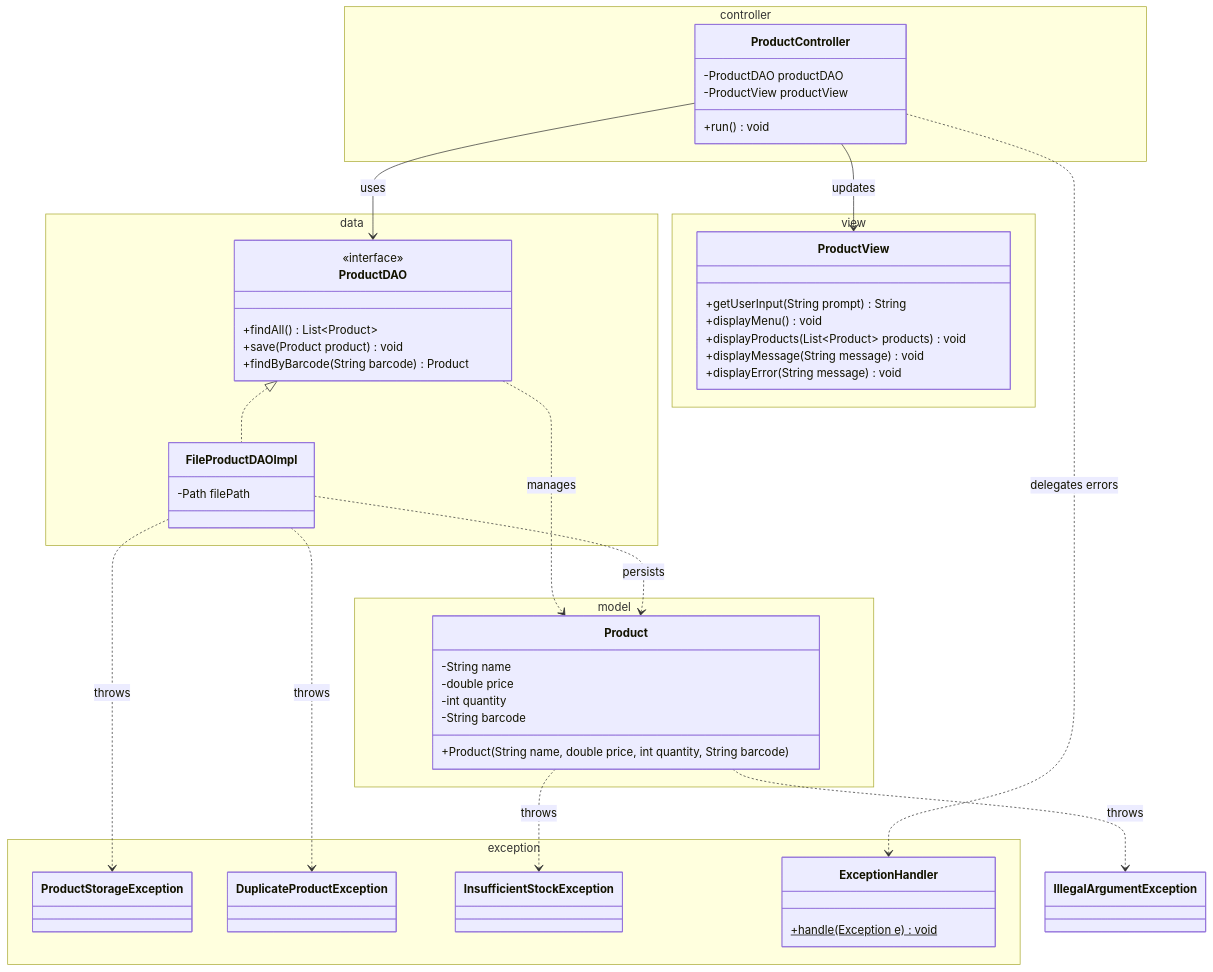
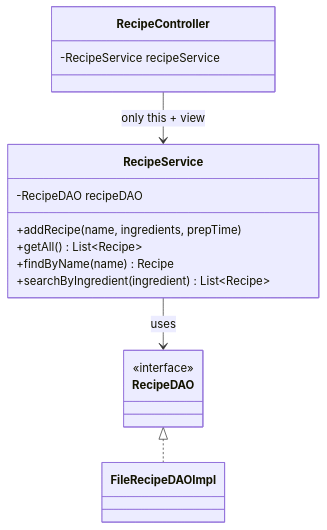
The diagram in README.md (ihabau/Lexicon_WS_Exception), drawn with Mermaid before and after one commit. The commit also changed other lines of this file and 1 other file, not shown here.

Commit message:
Docs: step 6 worksheet (Recipe Manager) - service layer, flowcharts, 7 hints

````diff
--- a/README.md
+++ b/README.md
@@ -7,64 +27,20 @@
 ```mermaid
 classDiagram
-    namespace model {
-        class Product {
-            -String name
-            -double price
-            -int quantity
-            -String barcode
-            +Product(String name, double price, int quantity, String barcode)
-        }
+    class RecipeService {
+        -RecipeDAO recipeDAO
+        +addRecipe(name, ingredients, prepTime)
+        +getAll() List~Recipe~
+        +findByName(name) Recipe
+        +searchByIngredient(ingredient) List~Recipe~
     }
-
-    namespace data {
-        class ProductDAO {
-            <<interface>>
-            +findAll() List~Product~
-            +save(Product product) void
-            +findByBarcode(String barcode) Product
-        }
-        class FileProductDAOImpl {
-            -Path filePath
-        }
+    class RecipeDAO {
+        <<interface>>
     }
-
-    namespace view {
-        class ProductView {
-            +getUserInput(String prompt) String
-            +displayMenu() void
-            +displayProducts(List~Product~ products) void
-            +displayMessage(String message) void
-            +displayError(String message) void
-        }
+    class FileRecipeDAOImpl
+    class RecipeController {
+        -RecipeService recipeService
     }
-
-    namespace controller {
-        class ProductController {
-            -ProductDAO productDAO
-            -ProductView productView
-            +run() void
-        }
-    }
-
-    namespace exception {
-        class ProductStorageException { }
-        class DuplicateProductException { }
-        class InsufficientStockException { }
-        class ExceptionHandler {
-            +handle(Exception e)$ void
-        }
-    }
-
-    ProductDAO <|.. FileProductDAOImpl
-    ProductController --> ProductDAO : uses
-    ProductController --> ProductView : updates
-    ProductController ..> ExceptionHandler : delegates errors
-
-    ProductDAO ..> Product : manages
-    FileProductDAOImpl ..> Product : persists
-
-    Product ..> IllegalArgumentException : throws
-    Product ..> InsufficientStockException : throws
-    FileProductDAOImpl ..> ProductStorageException : throws
-    FileProductDAOImpl ..> DuplicateProductException : throws
+    RecipeService --> RecipeDAO : uses
+    RecipeDAO <|.. FileRecipeDAOImpl
+    RecipeController --> RecipeService : only this + view
 ```
````
